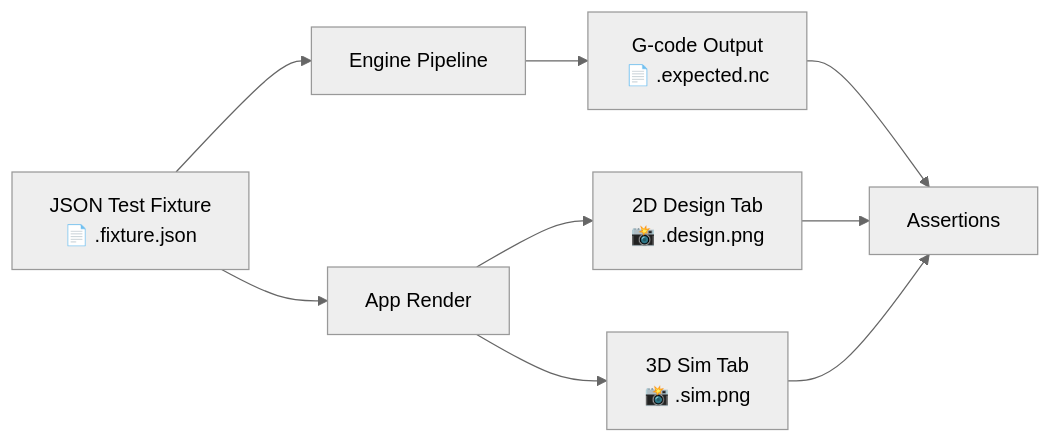
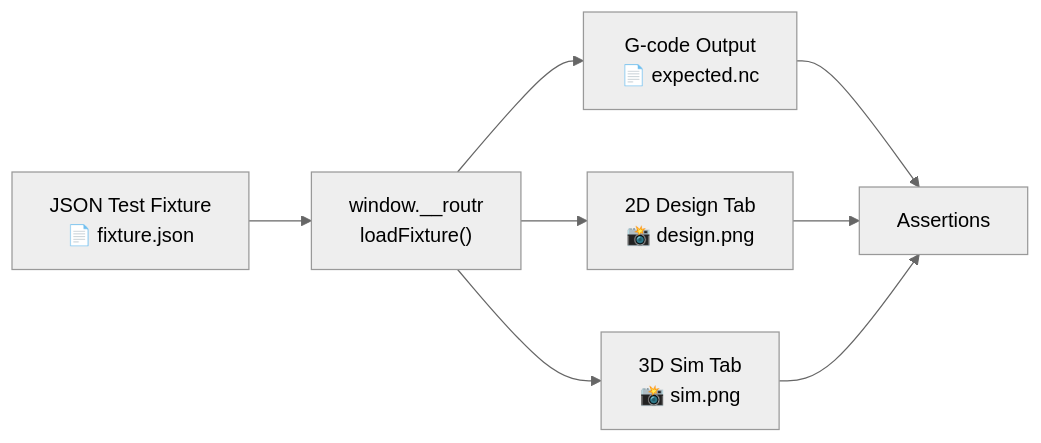
Before and after one commit to danhannah94/csdlc-docs: the second of 4 diagrams in docs/projects/routr/epics/validation.md, drawn with Mermaid (neutral theme). The commit also changed other lines of this file, not shown here.

Commit message:
docs: validation epic - refinement pass 3 (3-layer model, AI hooks, measurement tool, CI/CD strategy, testing strategy for new features)

````diff
--- a/docs/projects/routr/epics/validation.md
+++ b/docs/projects/routr/epics/validation.md
@@ -150,14 +208,12 @@
 ```mermaid
 graph LR
-    FIXTURE["JSON Test Fixture<br/>📄 .fixture.json"] --> ENGINE["Engine Pipeline"]
-    FIXTURE --> APP["App Render"]
+    FIXTURE["JSON Test Fixture<br/>📄 fixture.json"] --> HOOKS["window.__routr<br/>loadFixture()"]
 
-    ENGINE --> GCODE["G-code Output<br/>📄 .expected.nc"]
-
-    APP --> DESIGN["2D Design Tab<br/>📸 .design.png"]
-    APP --> SIMTAB["3D Sim Tab<br/>📸 .sim.png"]
+    HOOKS --> GCODE["G-code Output<br/>📄 expected.nc"]
+    HOOKS --> DESIGN["2D Design Tab<br/>📸 design.png"]
+    HOOKS --> SIMTAB["3D Sim Tab<br/>📸 sim.png"]
 
     GCODE --> ASSERT["Assertions"]
     DESIGN --> ASSERT
     SIMTAB --> ASSERT
 ```
````
